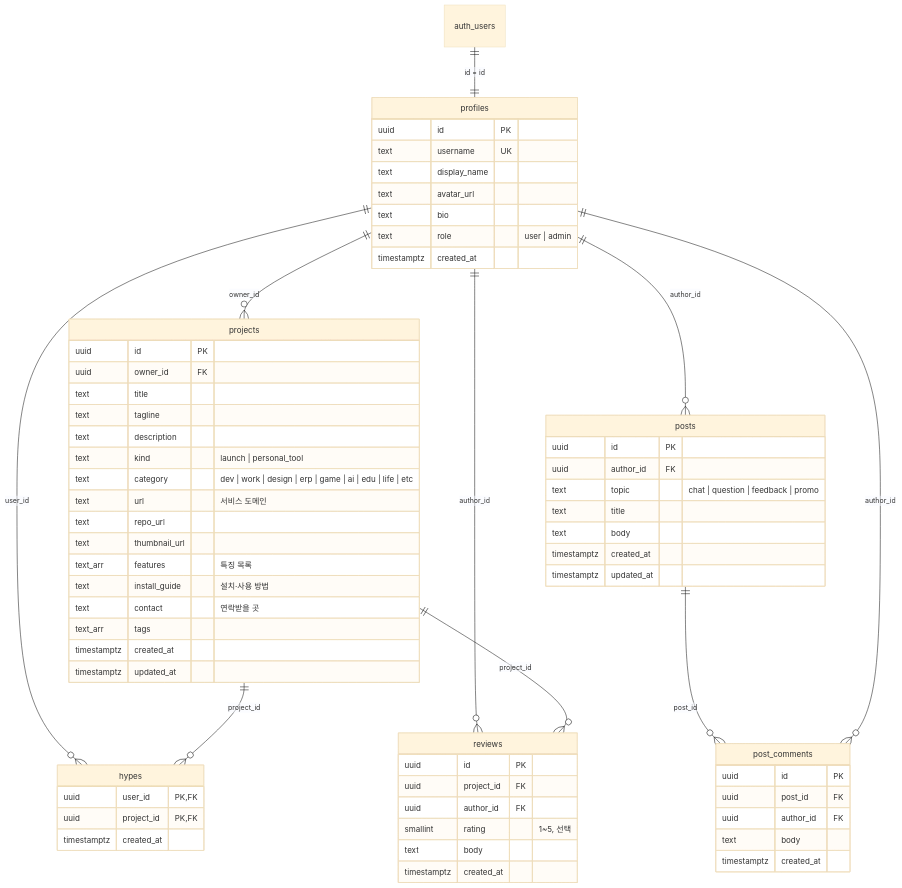
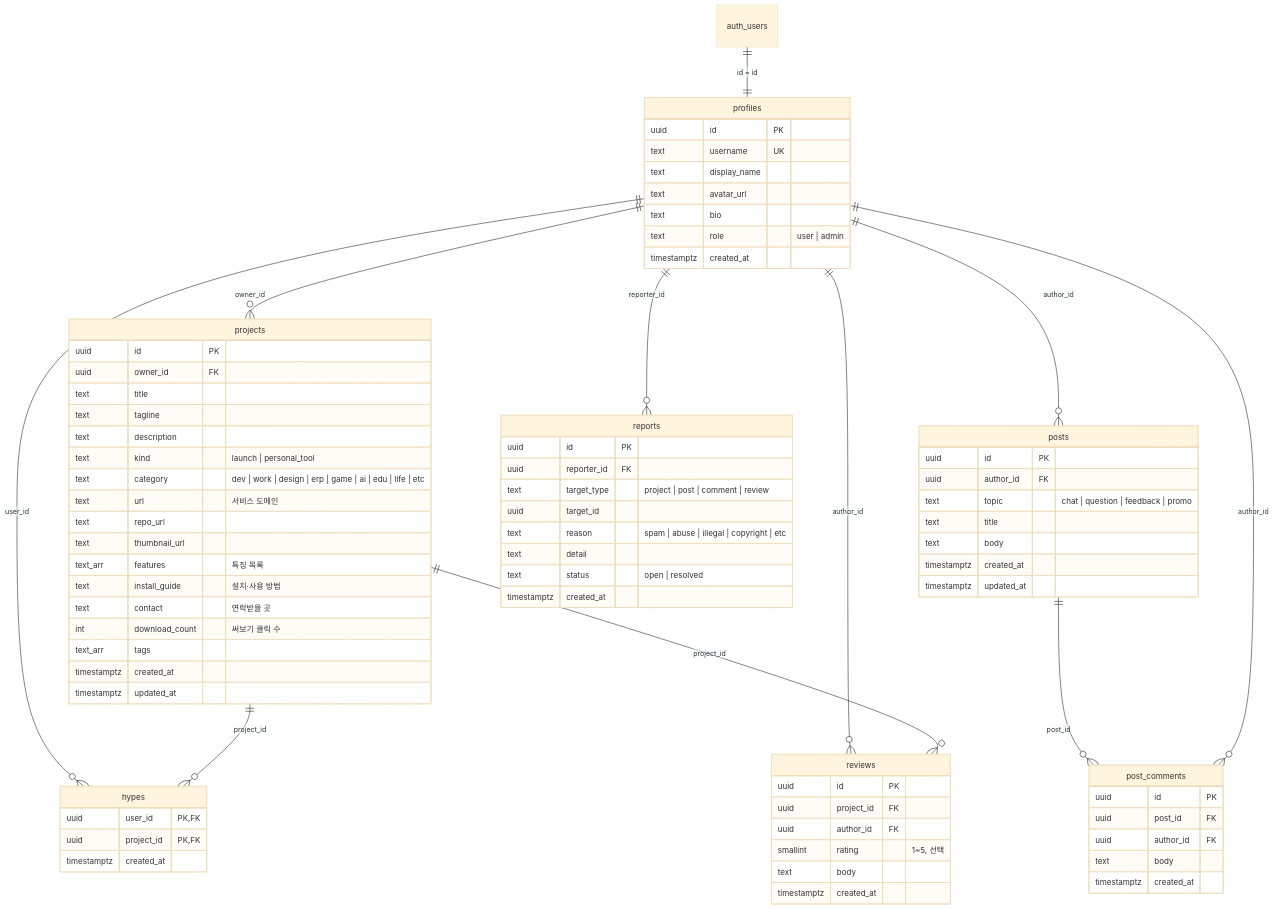
One commit to alsgotn-creator/buildforme changed the diagram in docs/DATABASE.md. Above: the diagram before and after it, drawn with Mermaid (base theme). The commit also changed other lines of this file and 29 other files, not shown here.

First line of the commit message:
Sort bar, downloads, uploads, reports, post edit, search/pagination, profile edit; drop RLS

````diff
--- a/docs/DATABASE.md
+++ b/docs/DATABASE.md
@@ -24,69 +25,81 @@
 ```mermaid
 erDiagram
   auth_users ||--|| profiles : "id = id"
   profiles ||--o{ projects : "owner_id"
   profiles ||--o{ hypes : "user_id"
   projects ||--o{ hypes : "project_id"
   profiles ||--o{ reviews : "author_id"
   projects ||--o{ reviews : "project_id"
   profiles ||--o{ posts : "author_id"
   posts ||--o{ post_comments : "post_id"
   profiles ||--o{ post_comments : "author_id"
+  profiles ||--o{ reports : "reporter_id"
 
   profiles {
     uuid id PK
     text username UK
     text display_name
     text avatar_url
     text bio
     text role "user | admin"
     timestamptz created_at
   }
   projects {
     uuid id PK
     uuid owner_id FK
     text title
     text tagline
     text description
     text kind "launch | personal_tool"
     text category "dev | work | design | erp | game | ai | edu | life | etc"
     text url "서비스 도메인"
     text repo_url
     text thumbnail_url
     text_arr features "특징 목록"
     text install_guide "설치·사용 방법"
     text contact "연락받을 곳"
+    int download_count "써보기 클릭 수"
     text_arr tags
     timestamptz created_at
     timestamptz updated_at
   }
   hypes {
     uuid user_id PK,FK
     uuid project_id PK,FK
     timestamptz created_at
   }
   reviews {
     uuid id PK
     uuid project_id FK
     uuid author_id FK
     smallint rating "1~5, 선택"
     text body
     timestamptz created_at
   }
   posts {
     uuid id PK
     uuid author_id FK
     text topic "chat | question | feedback | promo"
     text title
     text body
     timestamptz created_at
     timestamptz updated_at
   }
   post_comments {
     uuid id PK
     uuid post_id FK
     uuid author_id FK
     text body
     timestamptz created_at
   }
+  reports {
+    uuid id PK
+    uuid reporter_id FK
+    text target_type "project | post | comment | review"
+    uuid target_id
+    text reason "spam | abuse | illegal | copyright | etc"
+    text detail
+    text status "open | resolved"
+    timestamptz created_at
+  }
 ```
````
